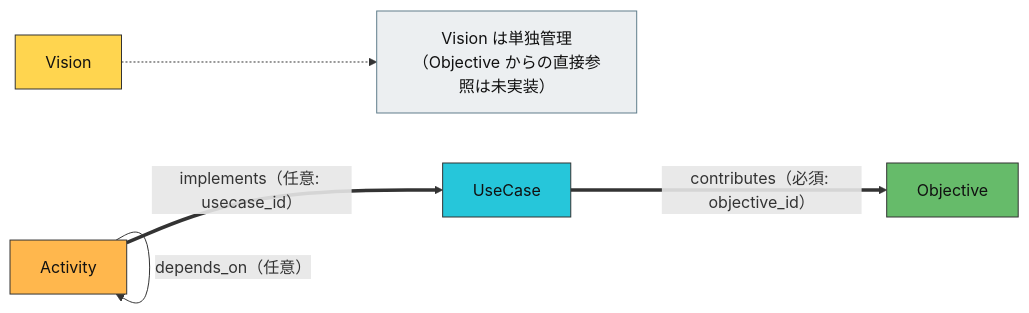
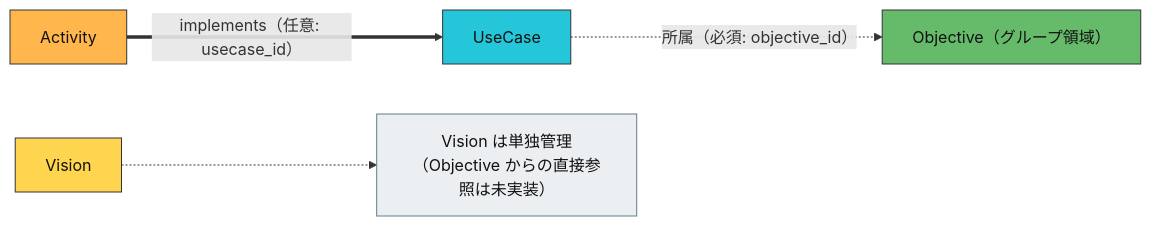
One commit to biwakonbu/zeus changed the diagram in docs/system-design.md. Above: the diagram before and after it, drawn with Mermaid. The commit also changed other lines of this file and 26 other files, not shown here.

````diff
--- a/docs/system-design.md
+++ b/docs/system-design.md
@@ -76,19 +76,18 @@
 ```mermaid
 flowchart LR
   V["Vision"]:::vision
-  O["Objective"]:::objective
+  O["Objective（グループ領域）"]:::objective
   U["UseCase"]:::usecase
   A["Activity"]:::activity
   N["Vision は単独管理（Objective からの直接参照は未実装）"]:::note
 
-  U ==>|"contributes（必須: objective_id）"| O
+  U -.->|"所属（必須: objective_id）"| O
   A ==>|"implements（任意: usecase_id）"| U
-  A -->|"depends_on（任意）"| A
   V -.-> N
 
   classDef vision fill:#FFD54F,stroke:#333,color:#111;
   classDef objective fill:#66BB6A,stroke:#333,color:#111;
   classDef usecase fill:#26C6DA,stroke:#333,color:#111;
   classDef activity fill:#FFB74D,stroke:#333,color:#111;
   classDef note fill:#ECEFF1,stroke:#607D8B,color:#111;
 ```
````
